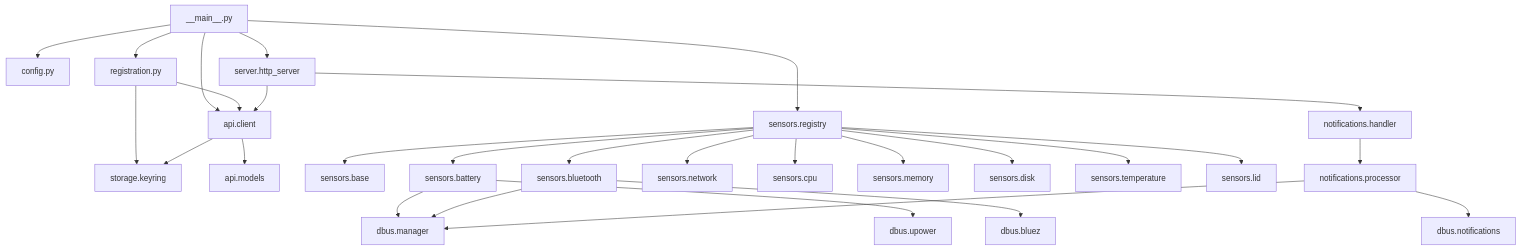
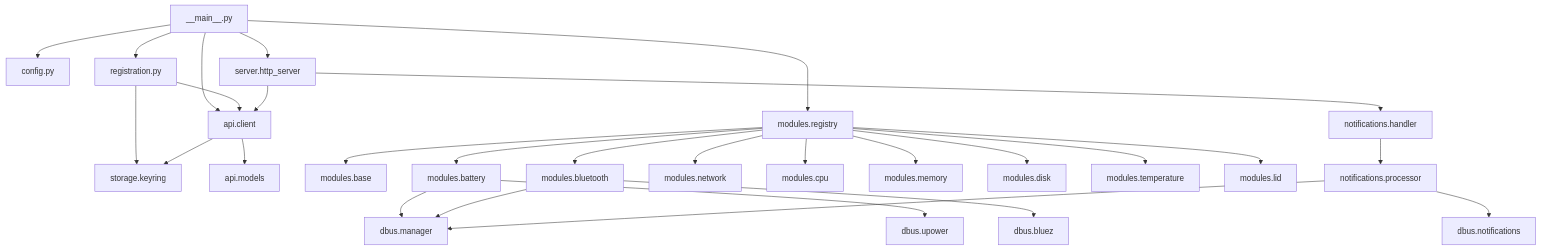
The diagram in DESIGN.md (agentydragon/halinuxcompanion), drawn with Mermaid before and after one commit. The commit also changed other lines of this file, not shown here.

````diff
--- a/DESIGN.md
+++ b/DESIGN.md
@@ -59,38 +59,38 @@
 ```mermaid
 graph TD
     Main[__main__.py] --> Config[config.py]
     Main --> Registration[registration.py]
     Main --> API[api.client]
-    Main --> SensorRegistry[sensors.registry]
+    Main --> ModuleRegistry[modules.registry]
     Main --> HTTPServer[server.http_server]
 
     Registration --> Storage[storage.keyring]
     Registration --> API
 
     API --> Models[api.models]
     API --> Storage
 
-    SensorRegistry --> BaseSensor[sensors.base]
-    SensorRegistry --> BatterySensor[sensors.battery]
-    SensorRegistry --> BluetoothSensor[sensors.bluetooth]
-    SensorRegistry --> NetworkSensor[sensors.network]
-    SensorRegistry --> CPUSensor[sensors.cpu]
-    SensorRegistry --> MemorySensor[sensors.memory]
-    SensorRegistry --> DiskSensor[sensors.disk]
-    SensorRegistry --> TemperatureSensor[sensors.temperature]
-    SensorRegistry --> LidSensor[sensors.lid]
+    ModuleRegistry --> BaseModule[modules.base]
+    ModuleRegistry --> BatteryModule[modules.battery]
+    ModuleRegistry --> BluetoothModule[modules.bluetooth]
+    ModuleRegistry --> NetworkModule[modules.network]
+    ModuleRegistry --> CPUModule[modules.cpu]
+    ModuleRegistry --> MemoryModule[modules.memory]
+    ModuleRegistry --> DiskModule[modules.disk]
+    ModuleRegistry --> TemperatureModule[modules.temperature]
+    ModuleRegistry --> LidModule[modules.lid]
 
-    BatterySensor --> DBusManager[dbus.manager]
-    BatterySensor --> UPower[dbus.upower]
+    BatteryModule --> DBusManager[dbus.manager]
+    BatteryModule --> UPower[dbus.upower]
 
-    BluetoothSensor --> DBusManager
-    BluetoothSensor --> BlueZ[dbus.bluez]
+    BluetoothModule --> DBusManager
+    BluetoothModule --> BlueZ[dbus.bluez]
 
     HTTPServer --> NotificationHandler[notifications.handler]
     HTTPServer --> API
 
     NotificationHandler --> NotificationProcessor[notifications.processor]
 
     NotificationProcessor --> DBusNotifications[dbus.notifications]
     NotificationProcessor --> DBusManager
 ```
````
